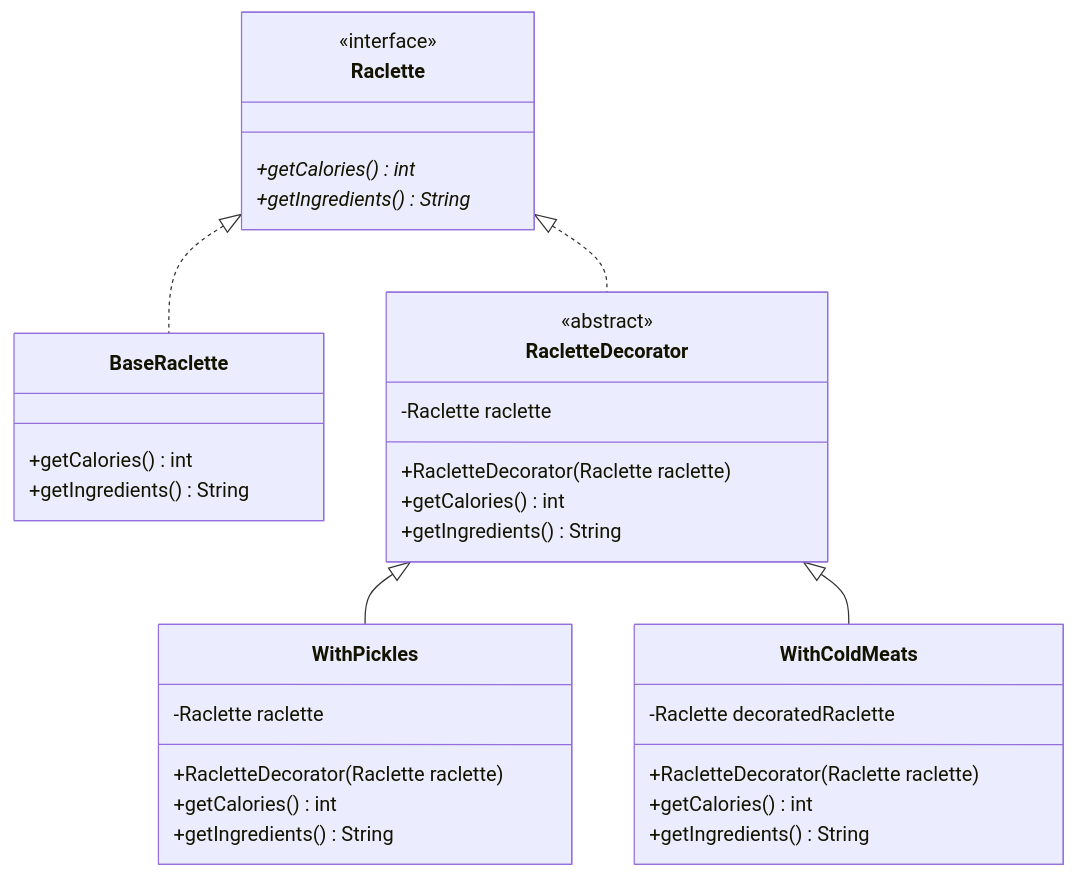
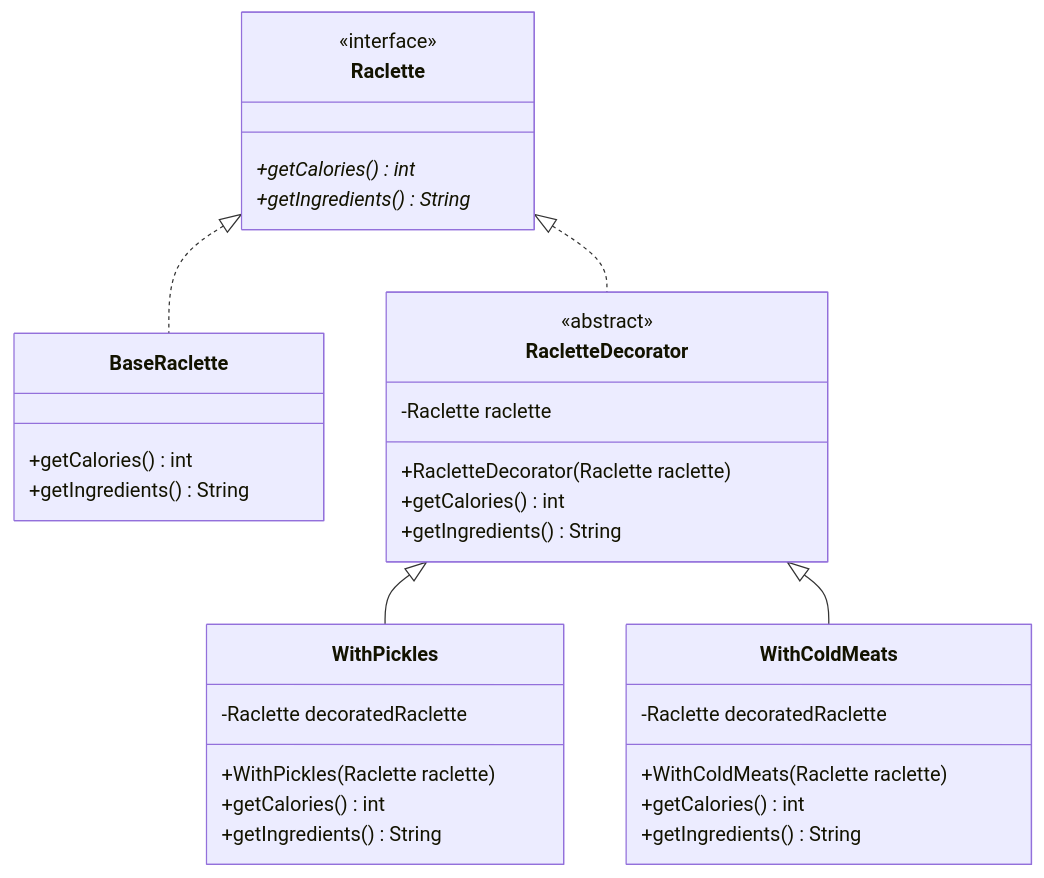
The diagram in subjects/java/piscine/Decorator/README.md (01-edu/public), drawn with Mermaid before and after one commit.

Commit message:
Refactor constructor names in Decorator classes

````diff
--- a/subjects/java/piscine/Decorator/README.md
+++ b/subjects/java/piscine/Decorator/README.md
@@ -7,38 +7,38 @@
 ```mermaid
 classDiagram
 class Raclette {
     <<interface>>
     +getCalories()* int
     +getIngredients()* String 
 }
 class BaseRaclette {
     +getCalories() int
     +getIngredients() String
 }
 class RacletteDecorator {
     <<abstract>>
     -Raclette raclette
     +RacletteDecorator(Raclette raclette)
     +getCalories() int
     +getIngredients() String
 }
 class WithPickles {
-    -Raclette raclette
-    +RacletteDecorator(Raclette raclette)
+    -Raclette decoratedRaclette
+    +WithPickles(Raclette raclette)
     +getCalories() int
     +getIngredients() String
 }
 class WithColdMeats {
     -Raclette decoratedRaclette
-    +RacletteDecorator(Raclette raclette)
+    +WithColdMeats(Raclette raclette)
     +getCalories() int
     +getIngredients() String
 }
 
 Raclette <|.. BaseRaclette
 Raclette <|.. RacletteDecorator
 RacletteDecorator <|-- WithPickles
 RacletteDecorator <|-- WithColdMeats
 
 
 ```
````
